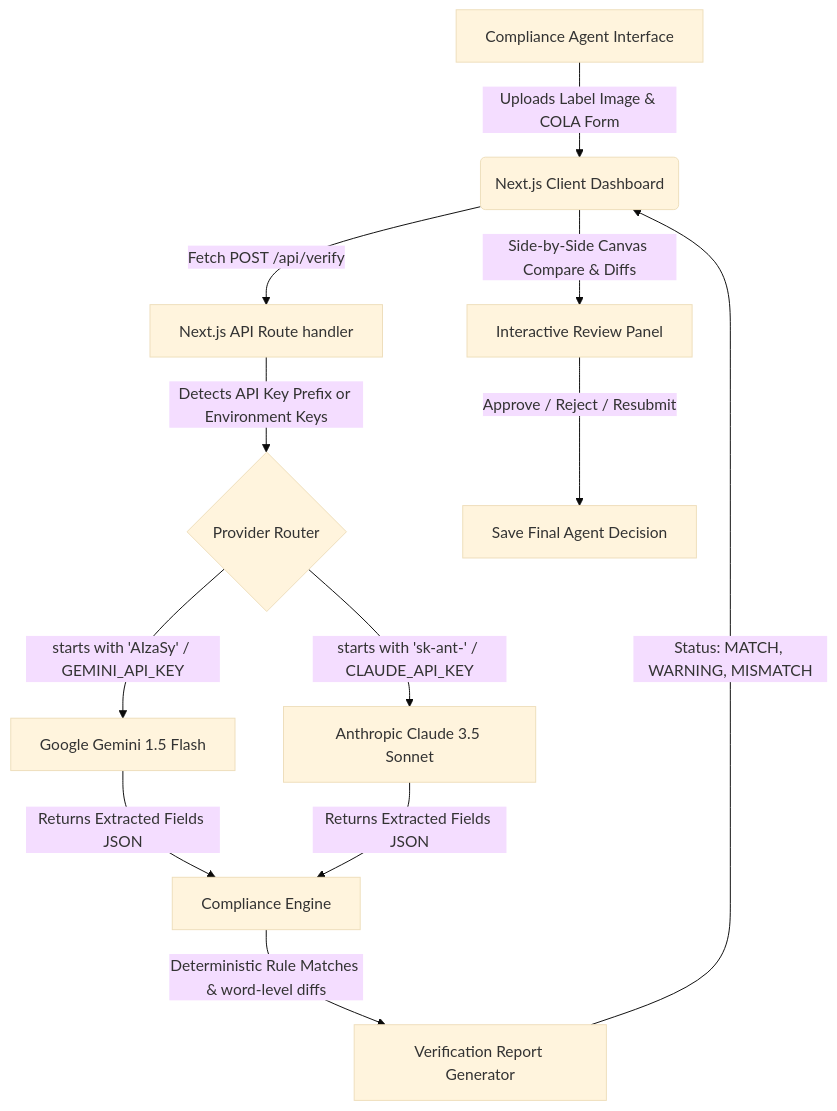
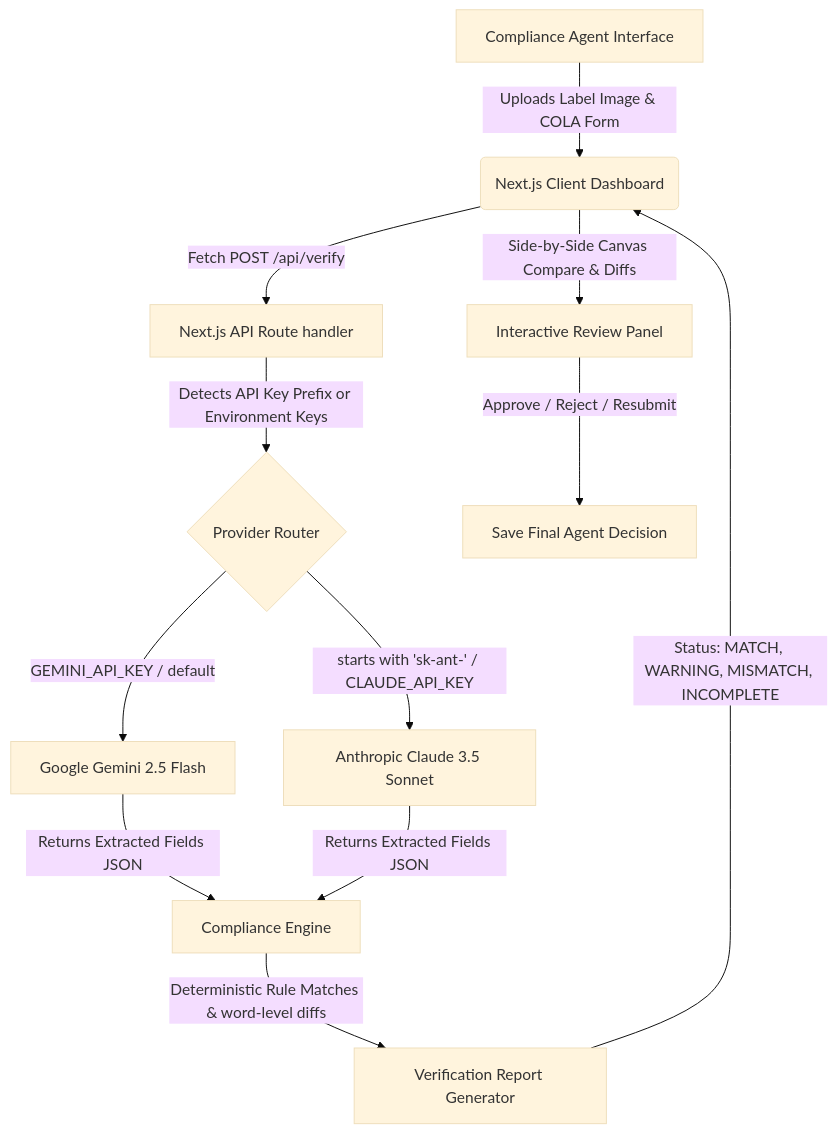
One commit to Duraman3444/TreasuryTakeHomeExam changed the diagram in README.md. Above: the diagram before and after it, drawn with Mermaid (base theme). The commit also changed other lines of this file and 9 other files, not shown here.

First line of the commit message:
Fix live-API integration, add INCOMPLETE status, update docs

````diff
--- a/README.md
+++ b/README.md
@@ -13,19 +13,19 @@
 ```mermaid
 graph TD
     A[Compliance Agent Interface] -->|Uploads Label Image & COLA Form| B(Next.js Client Dashboard)
     B -->|Fetch POST /api/verify| C[Next.js API Route handler]
     
     C -->|Detects API Key Prefix or Environment Keys| D{Provider Router}
     
-    D -->|starts with 'AIzaSy' / GEMINI_API_KEY| E[Google Gemini 1.5 Flash]
+    D -->|GEMINI_API_KEY / default| E[Google Gemini 2.5 Flash]
     D -->|starts with 'sk-ant-' / CLAUDE_API_KEY| F[Anthropic Claude 3.5 Sonnet]
     
     E -->|Returns Extracted Fields JSON| G[Compliance Engine]
     F -->|Returns Extracted Fields JSON| G
     
     G -->|Deterministic Rule Matches & word-level diffs| H[Verification Report Generator]
-    H -->|Status: MATCH, WARNING, MISMATCH| B
+    H -->|Status: MATCH, WARNING, MISMATCH, INCOMPLETE| B
     
     B -->|Side-by-Side Canvas Compare & Diffs| I[Interactive Review Panel]
     I -->|Approve / Reject / Resubmit| J[Save Final Agent Decision]
 ```
````
